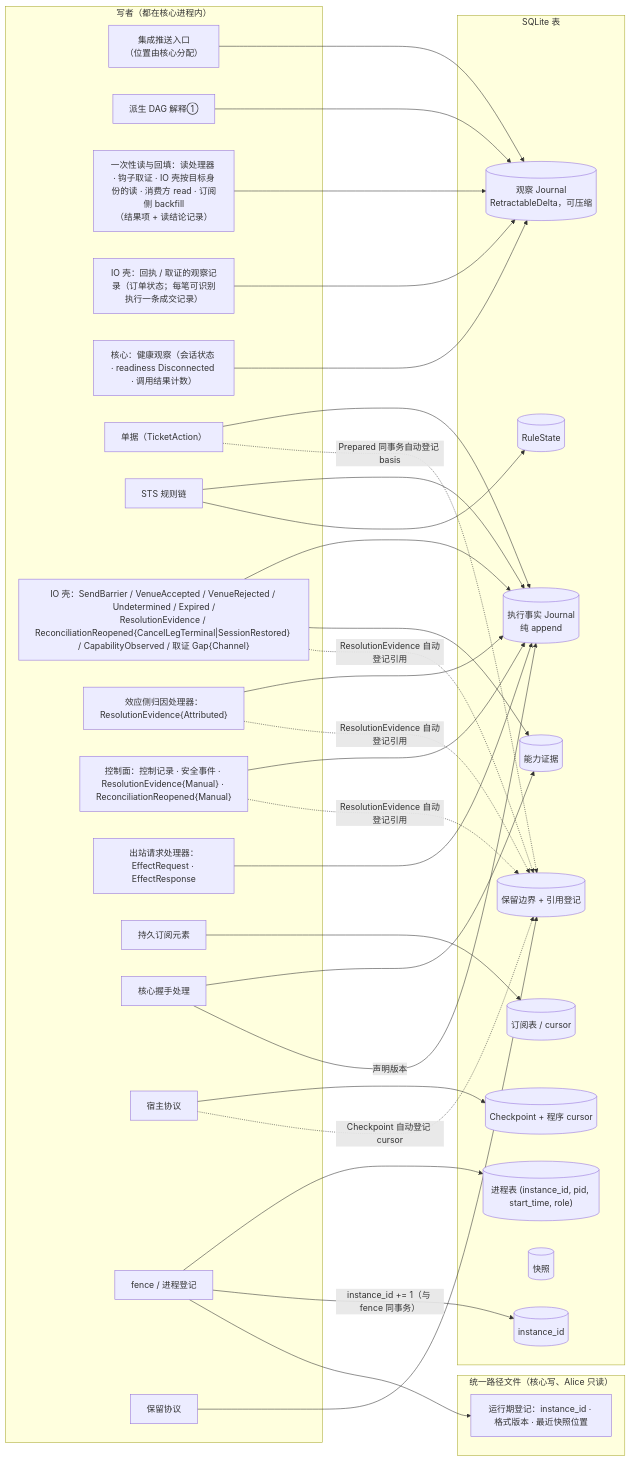
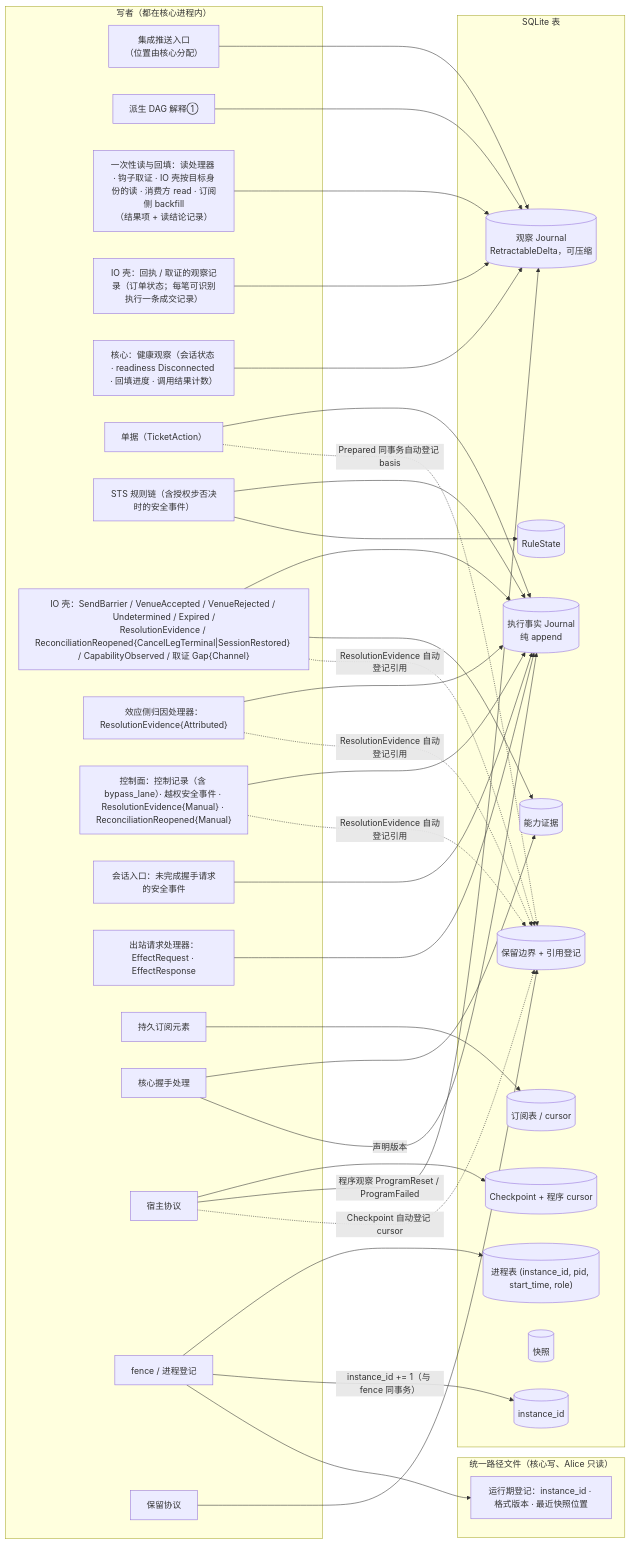
The fourth of 4 diagrams in design/diagrams/01-process-topology.md (mouriya-s-lab/uta), drawn with Mermaid before and after one commit. The commit also changed other lines of this file and 17 other files, not shown here.

Commit message:
design: fix review contradictions — bypass as lane control record, per-leg blocking-head key, positions per identity, orders completeness only before compaction, readiness/backfill split, uses graph and writer tables, Starting semantics, references

````diff
--- a/design/diagrams/01-process-topology.md
+++ b/design/diagrams/01-process-topology.md
@@ -162,62 +162,65 @@
 ```mermaid
 flowchart LR
   subgraph W["写者（都在核心进程内）"]
     PUSH["集成推送入口<br/>（位置由核心分配）"]
     DAG["派生 DAG 解释①"]
     RD["一次性读与回填：读处理器 · 钩子取证 · IO 壳按目标身份的读 · 消费方 read · 订阅侧 backfill<br/>（结果项 + 读结论记录）"]
     IOR["IO 壳：回执 / 取证的观察记录（订单状态；每笔可识别执行一条成交记录）"]
-    HLT["核心：健康观察（会话状态 · readiness Disconnected · 调用结果计数）"]
+    HLT["核心：健康观察（会话状态 · readiness Disconnected · 回填进度 · 调用结果计数）"]
     TK["单据（TicketAction）"]
-    STS["STS 规则链"]
+    STS["STS 规则链（含授权步否决时的安全事件）"]
     IOE["IO 壳：SendBarrier / VenueAccepted / VenueRejected / Undetermined / Expired /<br/>ResolutionEvidence / ReconciliationReopened{CancelLegTerminal|SessionRestored} / CapabilityObserved / 取证 Gap{Channel}"]
     ATTR["效应侧归因处理器：ResolutionEvidence{Attributed}"]
-    CTL["控制面：控制记录 · 安全事件 · ResolutionEvidence{Manual} · ReconciliationReopened{Manual}"]
+    CTL["控制面：控制记录（含 bypass_lane）· 越权安全事件 · ResolutionEvidence{Manual} · ReconciliationReopened{Manual}"]
+    SESS["会话入口：未完成握手请求的安全事件"]
     OUT["出站请求处理器：EffectRequest · EffectResponse"]
     SUBEL["持久订阅元素"]
     HS["核心握手处理"]
     HOSTP["宿主协议"]
     FENCE["fence / 进程登记"]
     RET["保留协议"]
   end
   subgraph T["SQLite 表"]
     OJ[("观察 Journal<br/>RetractableDelta，可压缩")]
     EJ[("执行事实 Journal<br/>纯 append")]
     RS[("RuleState")]
     SUB[("订阅表 / cursor")]
     CAP[("能力证据")]
     CK[("Checkpoint + 程序 cursor")]
     PT[("进程表 (instance_id, pid, start_time, role)")]
     RB[("保留边界 + 引用登记")]
     SN[("快照")]
     IID[("instance_id")]
   end
   subgraph F["统一路径文件（核心写、Alice 只读）"]
     RUN["运行期登记：instance_id · 格式版本 · 最近快照位置"]
   end
   PUSH --> OJ
   DAG --> OJ
   RD --> OJ
   IOR --> OJ
   HLT --> OJ
   TK --> EJ
   STS --> EJ
   STS --> RS
   IOE --> EJ
   ATTR --> EJ
   CTL --> EJ
+  SESS --> EJ
   OUT --> EJ
   SUBEL --> SUB
   HS --> CAP
   HS -->|"声明版本"| EJ
   IOE --> CAP
   HOSTP --> CK
+  HOSTP -->|"程序观察 ProgramReset / ProgramFailed"| OJ
   FENCE --> PT
   FENCE -->|"instance_id += 1（与 fence 同事务）"| IID
   FENCE --> RUN
   RET --> RB
   TK -.->|"Prepared 同事务自动登记 basis"| RB
   IOE -.->|"ResolutionEvidence 自动登记引用"| RB
   ATTR -.->|"ResolutionEvidence 自动登记引用"| RB
   CTL -.->|"ResolutionEvidence 自动登记引用"| RB
   HOSTP -.->|"Checkpoint 自动登记 cursor"| RB
 ```
````
